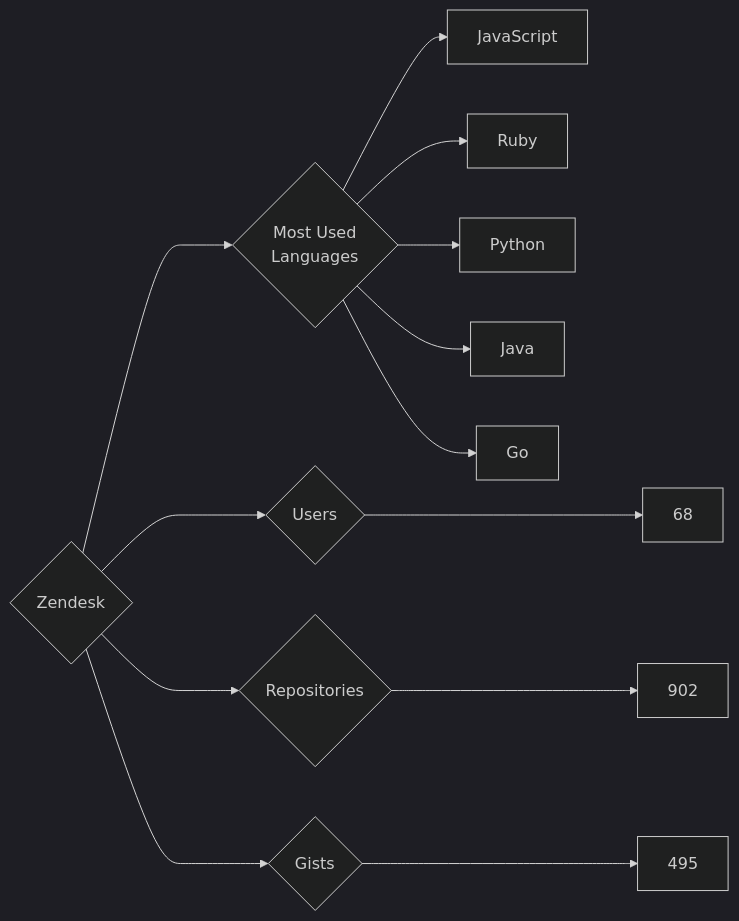
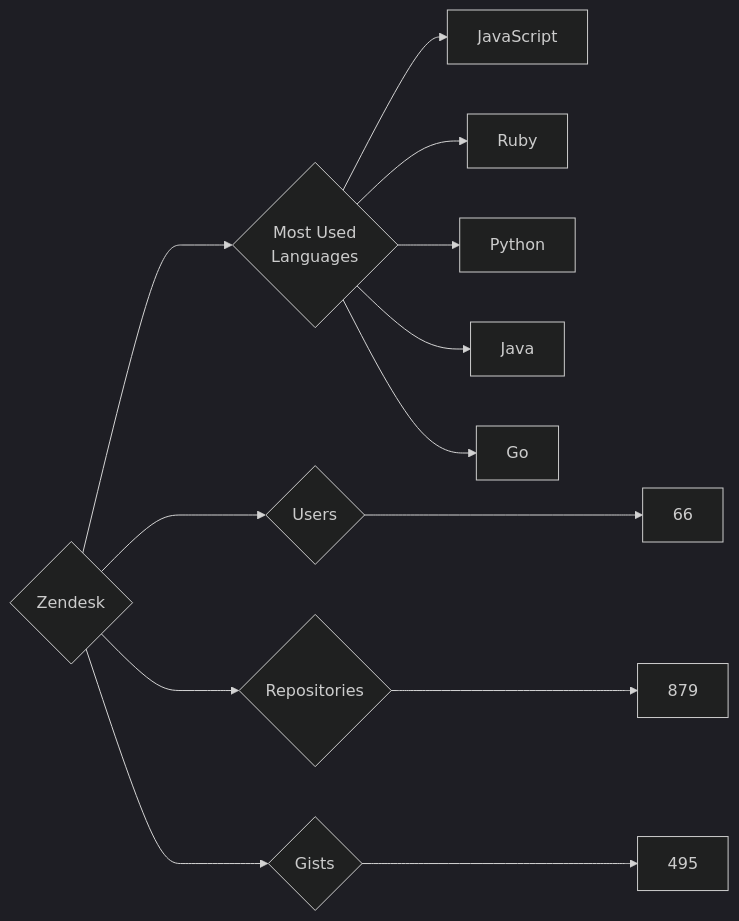
Before and after one commit to trickest/insiders: the diagram in targets/Zendesk/README.md, drawn with Mermaid (dark theme). The commit also changed 965 other files, not shown here.

````diff
--- a/targets/Zendesk/README.md
+++ b/targets/Zendesk/README.md
@@ -3,13 +3,13 @@
 ```mermaid
 graph LR
 COMPANY_NAME{Zendesk}
-COMPANY_NAME ---> U{Users} ---> UN[68]
-COMPANY_NAME ---> R{Repositories} ---> RN[902]
+COMPANY_NAME ---> U{Users} ---> UN[66]
+COMPANY_NAME ---> R{Repositories} ---> RN[879]
 COMPANY_NAME ---> G{Gists} ---> GN[495]
 COMPANY_NAME ---> ML{Most Used<br>Languages}
 ML --> JavaScript[JavaScript]
 ML --> Ruby[Ruby]
 ML --> Python[Python]
 ML --> Java[Java]
 ML --> Go[Go]
 ```
````
